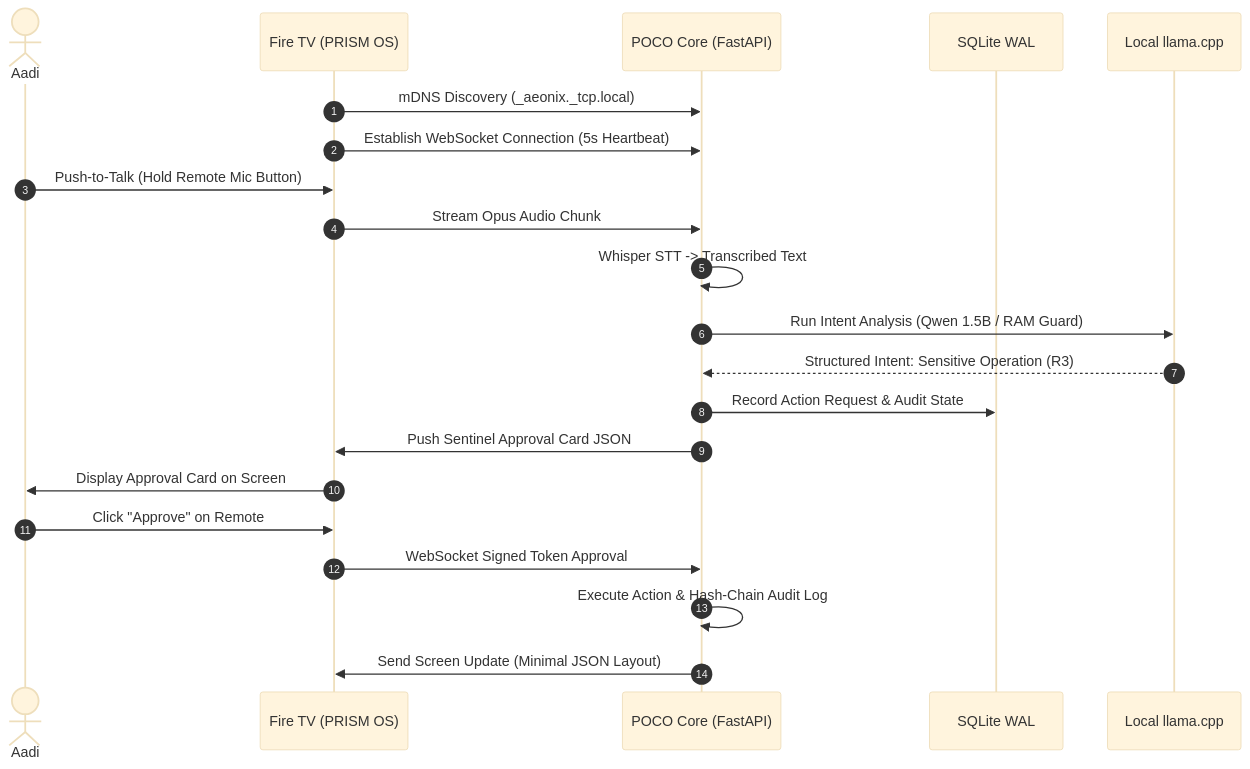
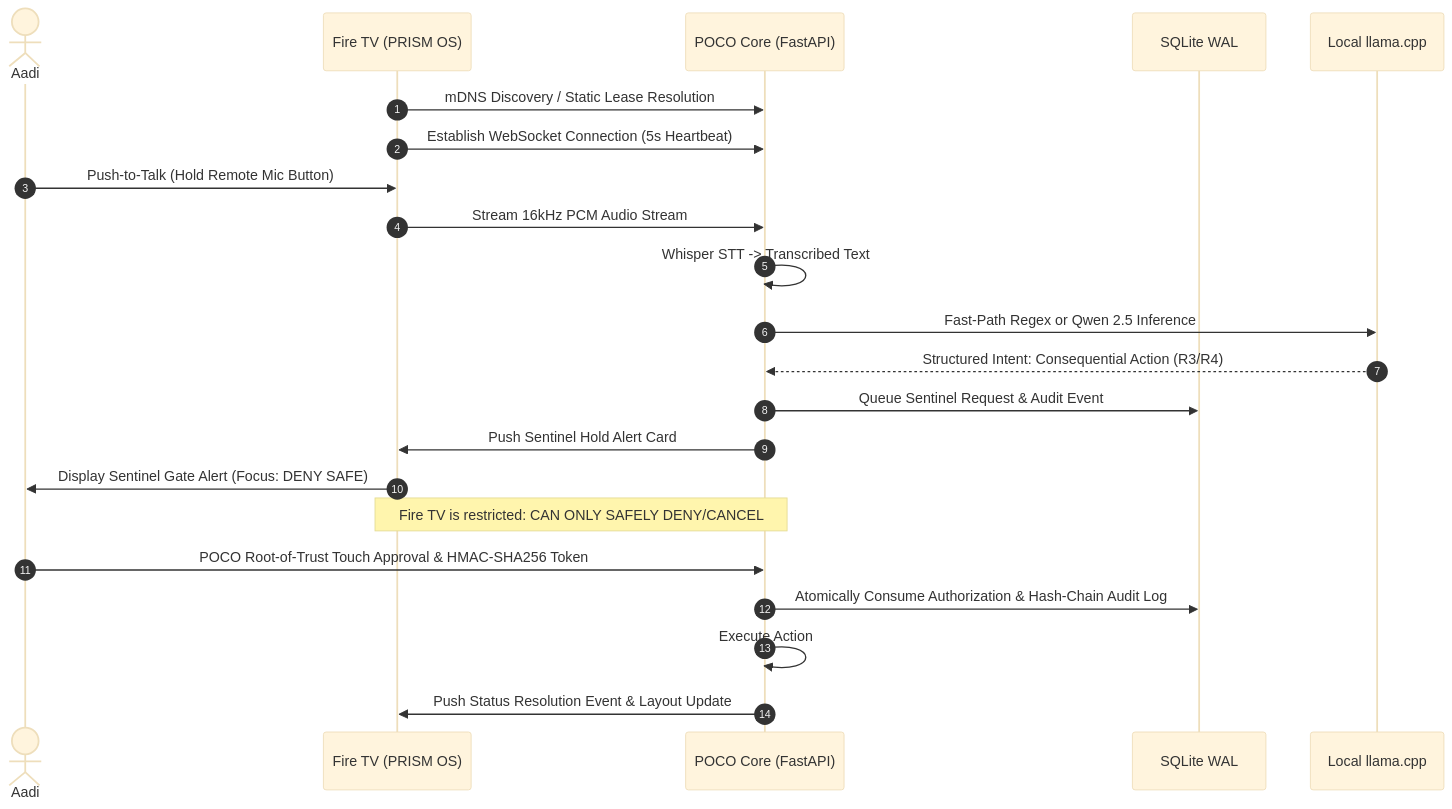
One commit to aditya0kmr/aeonix-prism changed the third of 4 diagrams in docs/aeonix_prism_master_analysis.md. Above: the diagram before and after it, drawn with Mermaid (base theme). The commit also changed other lines of this file and 10 other files, not shown here.

Commit message:
feat(audit): Publish Master Verification & Audit Report with 109-test telemetry, negative security tests, and architecture reconciliation

````diff
--- a/docs/aeonix_prism_master_analysis.md
+++ b/docs/aeonix_prism_master_analysis.md
@@ -145,24 +145,25 @@
 ```mermaid
 sequenceDiagram
     autonumber
     actor Aadi
     participant TV as Fire TV (PRISM OS)
     participant Core as POCO Core (FastAPI)
     participant DB as SQLite WAL
     participant Model as Local llama.cpp
 
-    TV->>Core: mDNS Discovery (_aeonix._tcp.local)
+    TV->>Core: mDNS Discovery / Static Lease Resolution
     TV->>Core: Establish WebSocket Connection (5s Heartbeat)
     Aadi->>TV: Push-to-Talk (Hold Remote Mic Button)
-    TV->>Core: Stream Opus Audio Chunk
+    TV->>Core: Stream 16kHz PCM Audio Stream
     Core->>Core: Whisper STT -> Transcribed Text
-    Core->>Model: Run Intent Analysis (Qwen 1.5B / RAM Guard)
-    Model-->>Core: Structured Intent: Sensitive Operation (R3)
-    Core->>DB: Record Action Request & Audit State
-    Core->>TV: Push Sentinel Approval Card JSON
-    TV->>Aadi: Display Approval Card on Screen
-    Aadi->>TV: Click "Approve" on Remote
-    TV->>Core: WebSocket Signed Token Approval
-    Core->>Core: Execute Action & Hash-Chain Audit Log
-    Core->>TV: Send Screen Update (Minimal JSON Layout)
+    Core->>Model: Fast-Path Regex or Qwen 2.5 Inference
+    Model-->>Core: Structured Intent: Consequential Action (R3/R4)
+    Core->>DB: Queue Sentinel Request & Audit Event
+    Core->>TV: Push Sentinel Hold Alert Card
+    TV->>Aadi: Display Sentinel Gate Alert (Focus: DENY SAFE)
+    Note over TV,Core: Fire TV is restricted: CAN ONLY SAFELY DENY/CANCEL
+    Aadi->>Core: POCO Root-of-Trust Touch Approval & HMAC-SHA256 Token
+    Core->>DB: Atomically Consume Authorization & Hash-Chain Audit Log
+    Core->>Core: Execute Action
+    Core->>TV: Push Status Resolution Event & Layout Update
 ```
````
